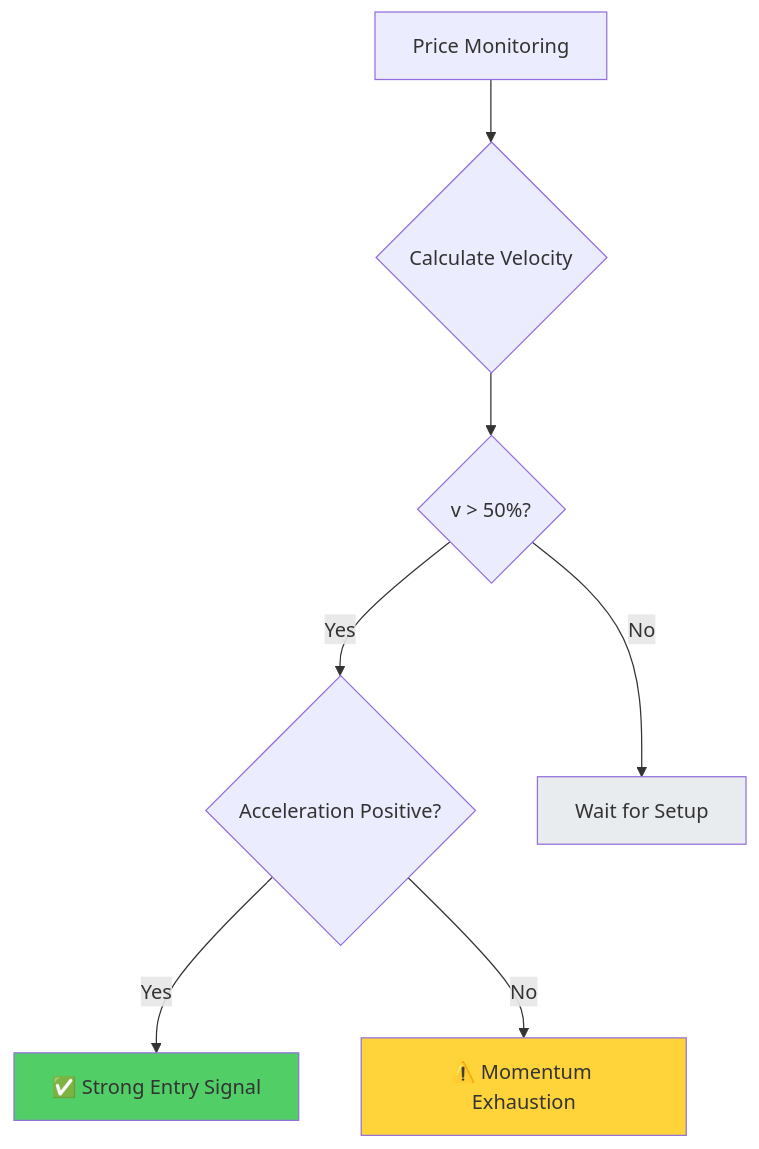
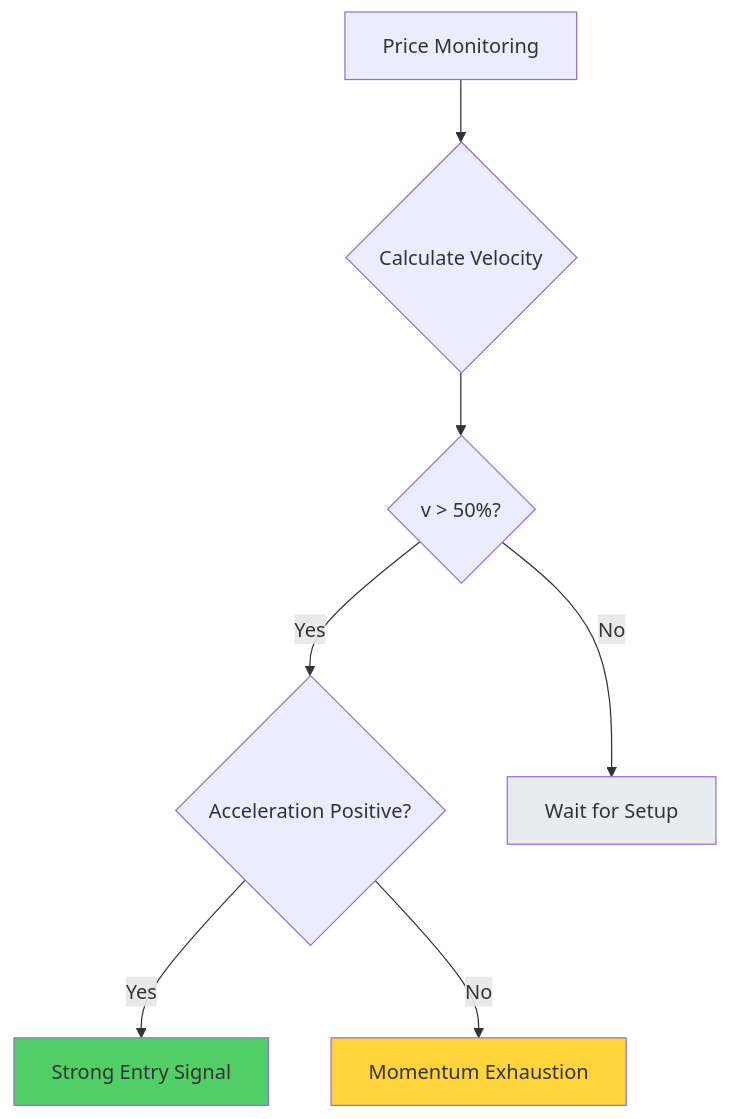
Before and after one commit to openSVM/solisp-book: the seventh of 15 diagrams in src/16_memecoin_momentum.md, drawn with Mermaid. The commit also changed other lines of this file and 20 other files, not shown here.

````diff
--- a/src/16_memecoin_momentum.md
+++ b/src/16_memecoin_momentum.md
@@ -390,13 +390,13 @@
 ```mermaid
 graph TD
     A[Price Monitoring] --> B{Calculate Velocity}
     B --> C{v > 50%?}
     C -->|Yes| D{Acceleration Positive?}
     C -->|No| E[Wait for Setup]
-    D -->|Yes| F[✅ Strong Entry Signal]
-    D -->|No| G[⚠️ Momentum Exhaustion]
+    D -->|Yes| F[ Strong Entry Signal]
+    D -->|No| G[ Momentum Exhaustion]
 
     style F fill:#51cf66
     style G fill:#ffd43b
     style E fill:#e9ecef
 ```
````
